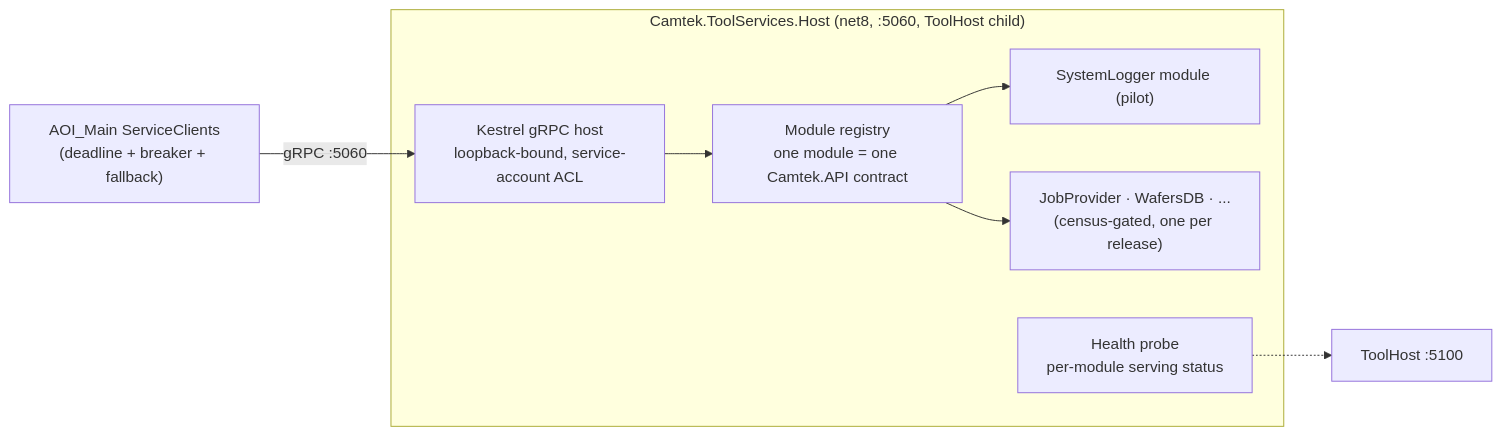
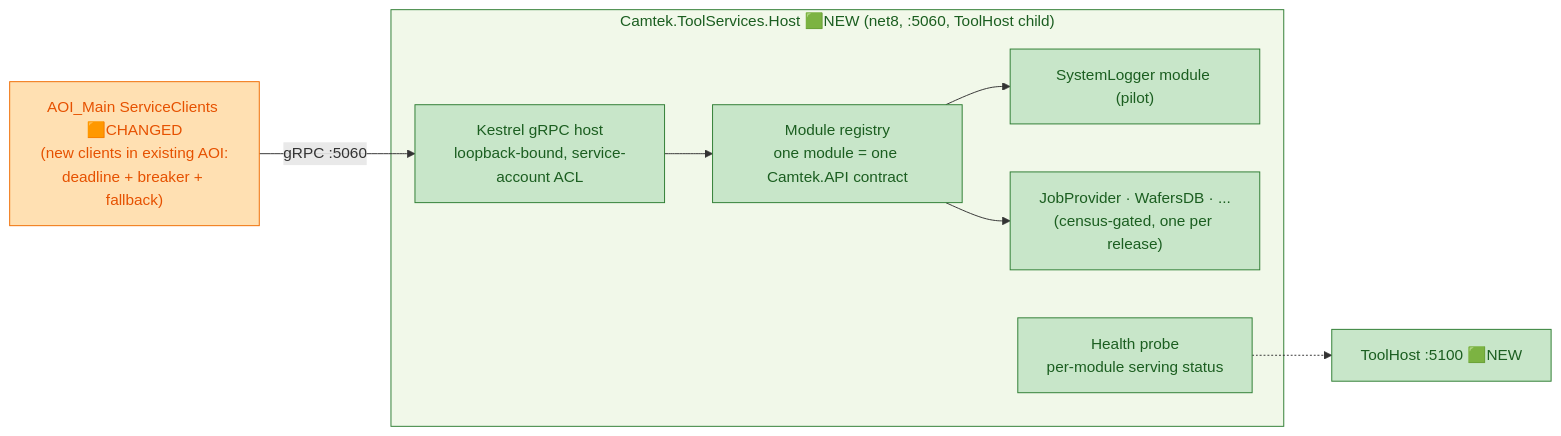
Diagram 14 of 15 in stage/01-system-architecture.md (amitA-camtek/bus_gateway), drawn with Mermaid before and after one commit. The commit also changed other lines of this file and 11 other files, not shown here.

````diff
--- a/stage/01-system-architecture.md
+++ b/stage/01-system-architecture.md
@@ -404,13 +460,19 @@
 ```mermaid
 flowchart LR
-    AOI2["AOI_Main ServiceClients\n(deadline + breaker + fallback)"]
-    subgraph TSH["Camtek.ToolServices.Host (net8, :5060, ToolHost child)"]
+    AOI2["AOI_Main ServiceClients 🟧CHANGED\n(new clients in existing AOI:\ndeadline + breaker + fallback)"]
+    subgraph TSH["Camtek.ToolServices.Host 🟩NEW (net8, :5060, ToolHost child)"]
         KES["Kestrel gRPC host\nloopback-bound, service-account ACL"]
         REG["Module registry\none module = one Camtek.API contract"]
         M1["SystemLogger module (pilot)"]
         M2["JobProvider · WafersDB · ...\n(census-gated, one per release)"]
         HP["Health probe\nper-module serving status"]
     end
     AOI2 -->|"gRPC :5060"| KES --> REG --> M1 & M2
-    HP -.-> TH2["ToolHost :5100"]
+    HP -.-> TH2["ToolHost :5100 🟩NEW"]
+
+    classDef new fill:#C8E6C9,stroke:#2E7D32,color:#1B5E20;
+    classDef changed fill:#FFE0B2,stroke:#EF6C00,color:#E65100;
+    class KES,REG,M1,M2,HP,TH2 new;
+    class AOI2 changed;
+    style TSH fill:#F1F8E9,stroke:#2E7D32,color:#1B5E20;
 ```
````
